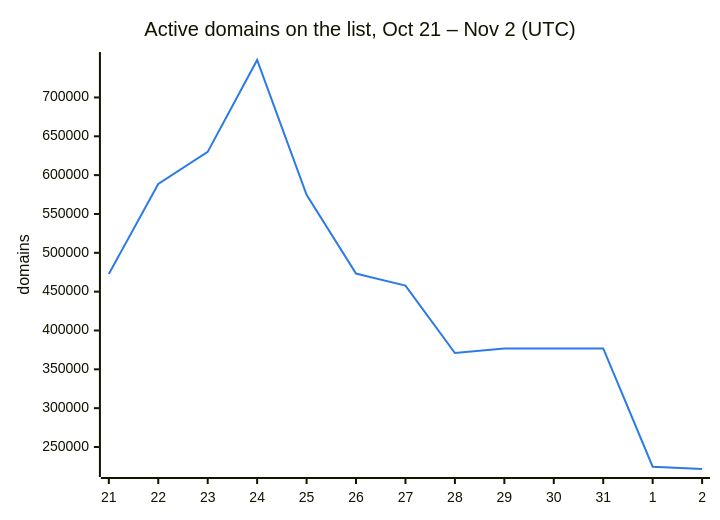
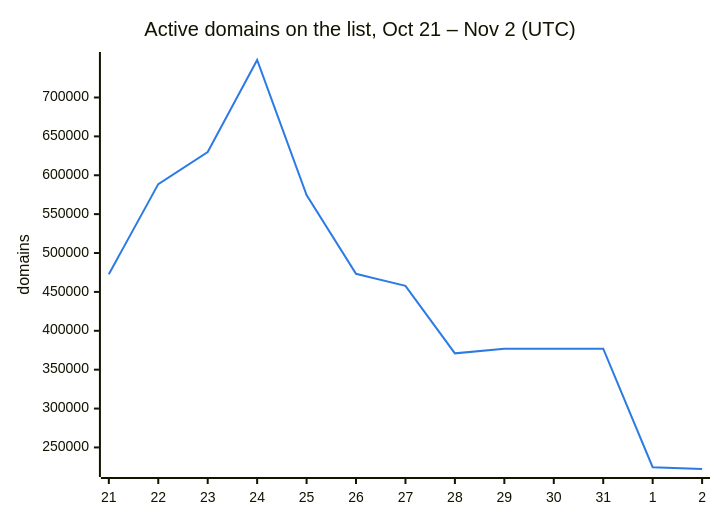
Before and after one commit to DNSBunker/CTI: the second of 3 diagrams in README.md, drawn with Mermaid. The commit also changed other lines of this file and 3 other files, not shown here.

````diff
--- a/README.md
+++ b/README.md
@@ -38,8 +38,8 @@
 ```mermaid
 %%{init: {"themeVariables": {"xyChart": {"plotColorPalette": "#2c7be5"}}}}%%
 xychart-beta
     title "Active domains on the list, Oct 21 – Nov 2 (UTC)"
     x-axis ["21", "22", "23", "24", "25", "26", "27", "28", "29", "30", "31", "1", "2"]
     y-axis "domains"
-    line [472713, 588659, 629951, 748222, 574614, 473331, 457795, 371010, 376945, 376945, 376945, 224607, 221663]
+    line [472713, 588659, 629951, 748222, 574614, 473331, 457795, 371010, 376945, 376945, 376945, 224607, 222275]
 ```
````
